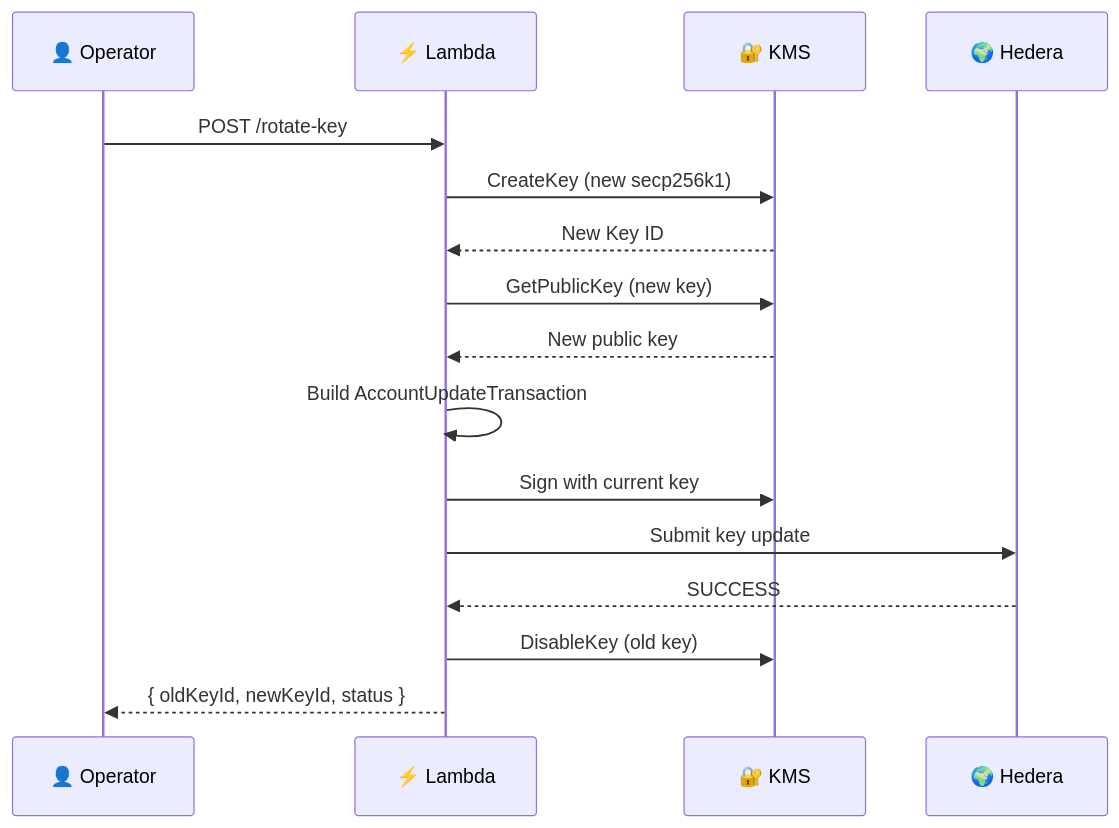
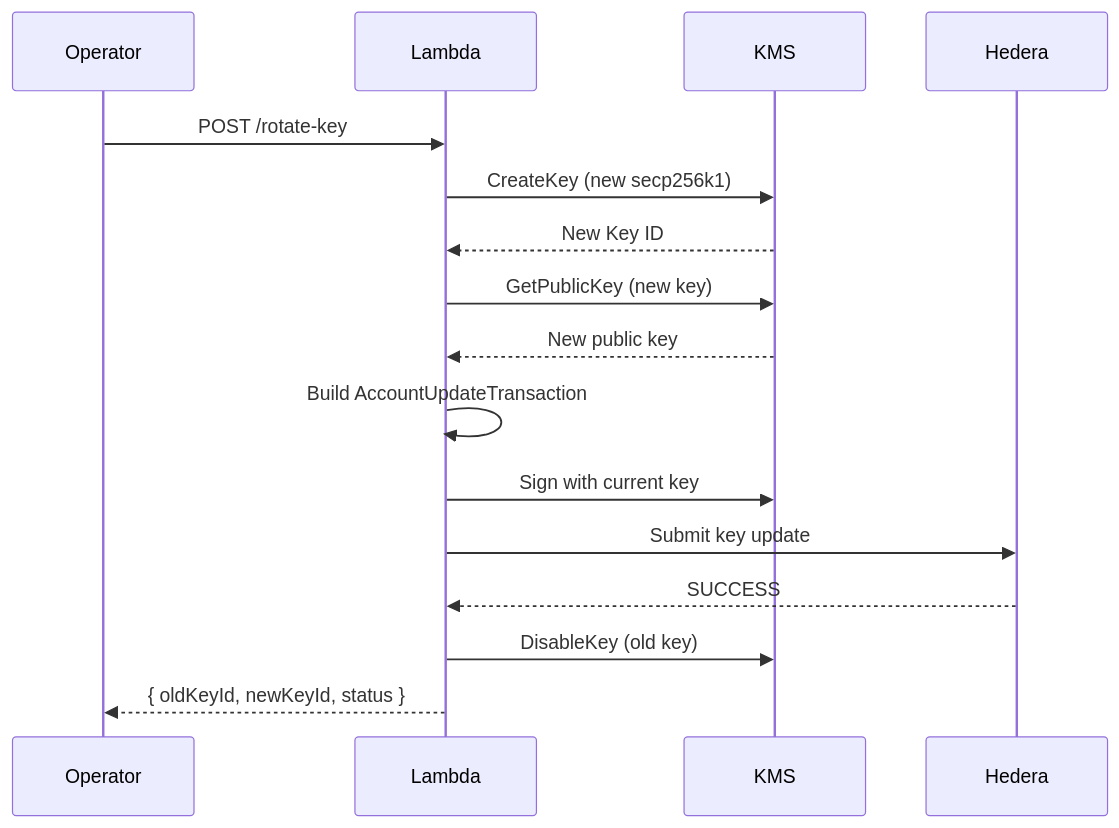
Before and after one commit to umarhashmi2002/hedera-kms-signer: the eighth of 13 diagrams in README.md, drawn with Mermaid. The commit also changed other lines of this file and 3 other files, not shown here.

````diff
--- a/README.md
+++ b/README.md
@@ -242,19 +242,19 @@
 ```mermaid
 sequenceDiagram
-    participant Op as 👤 Operator
-    participant L as ⚡ Lambda
-    participant KMS as 🔐 KMS
-    participant H as 🌍 Hedera
+    participant Op as Operator
+    participant L as Lambda
+    participant KMS as KMS
+    participant H as Hedera
     
     Op->>L: POST /rotate-key
     L->>KMS: CreateKey (new secp256k1)
     KMS-->>L: New Key ID
     L->>KMS: GetPublicKey (new key)
     KMS-->>L: New public key
     L->>L: Build AccountUpdateTransaction
     L->>KMS: Sign with current key
     L->>H: Submit key update
     H-->>L: SUCCESS
     L->>KMS: DisableKey (old key)
     L-->>Op: { oldKeyId, newKeyId, status }
 ```
````
